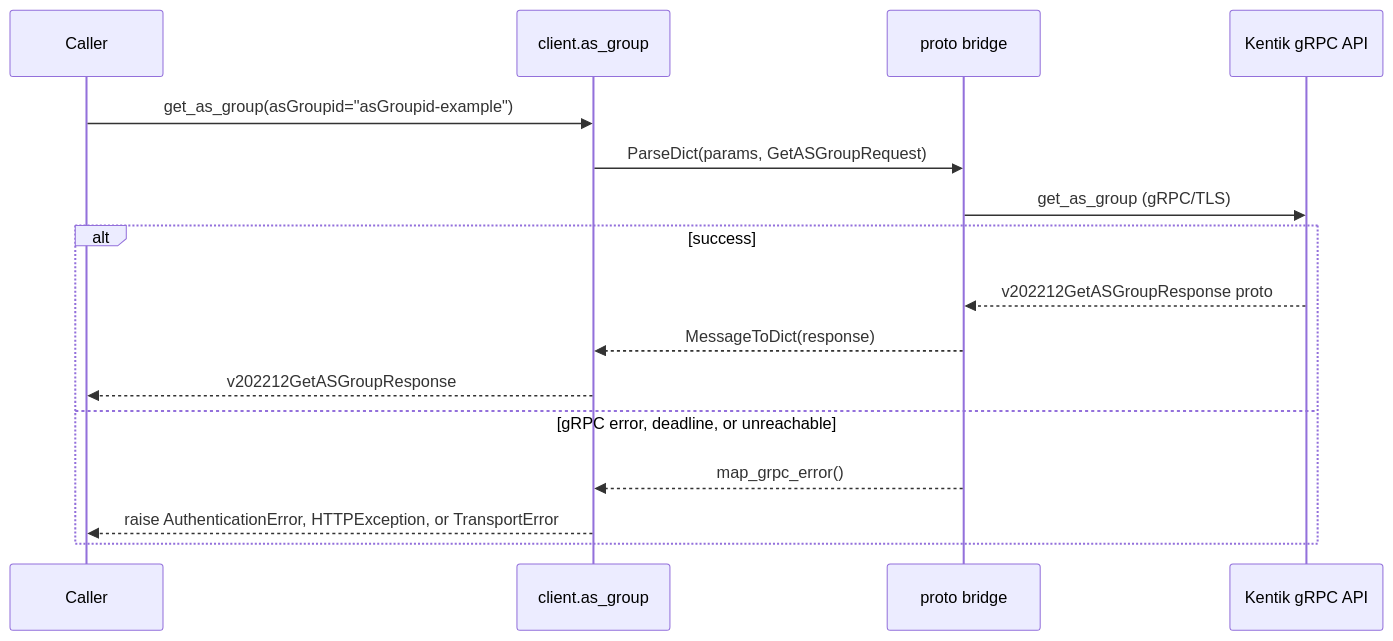
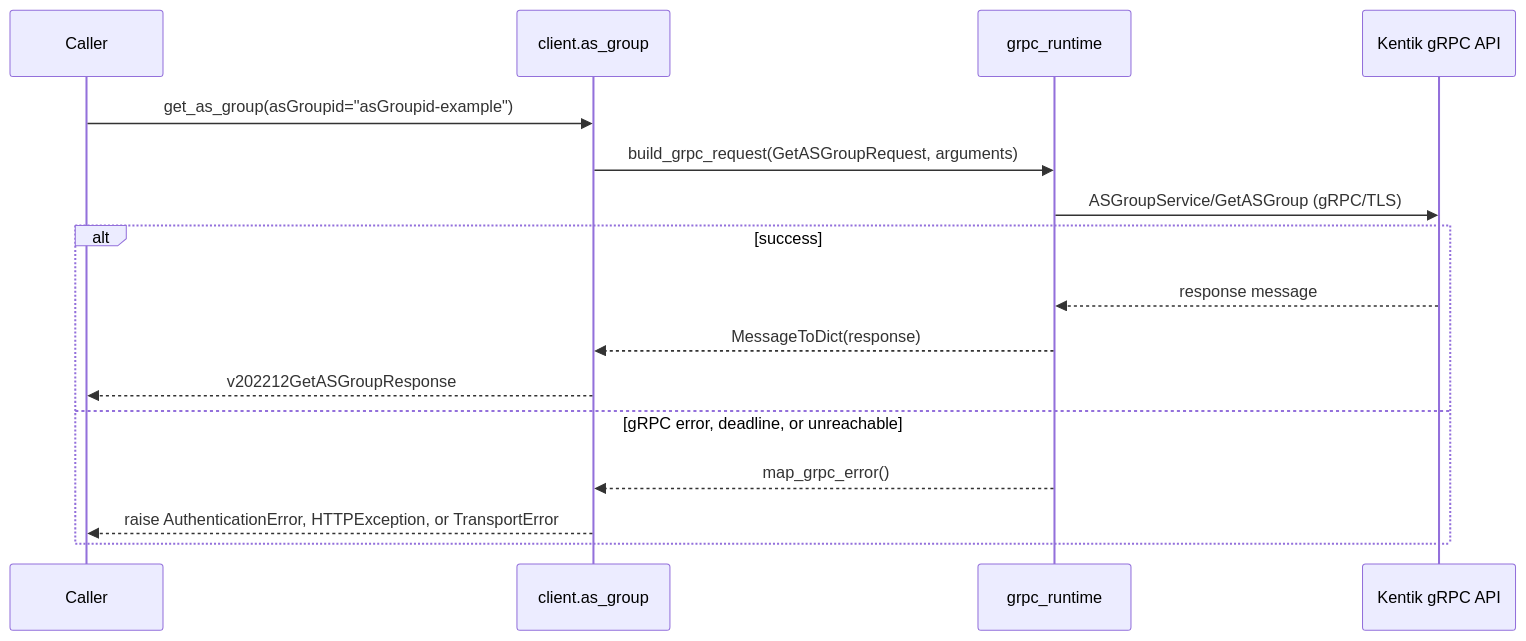
Before and after one commit to alexdearaujo/community_sdk_python: the seventh of 12 diagrams in docs/sphinx/services/as_group.md, drawn with Mermaid. The commit also changed other lines of this file and 37 other files, not shown here.

First line of the commit message:
docs: show the real RPC in each service page's gRPC diagram

````diff
--- a/docs/sphinx/services/as_group.md
+++ b/docs/sphinx/services/as_group.md
@@ -203,19 +203,19 @@
 ```mermaid
 sequenceDiagram
     participant C as Caller
     participant W as client.as_group
-    participant B as proto bridge
+    participant R as grpc_runtime
     participant API as Kentik gRPC API
 
     C->>W: get_as_group(asGroupid="asGroupid-example")
-    W->>B: ParseDict(params, GetASGroupRequest)
-    B->>API: get_as_group (gRPC/TLS)
+    W->>R: build_grpc_request(GetASGroupRequest, arguments)
+    R->>API: ASGroupService/GetASGroup (gRPC/TLS)
     alt success
-        API-->>B: v202212GetASGroupResponse proto
-        B-->>W: MessageToDict(response)
+        API-->>R: response message
+        R-->>W: MessageToDict(response)
         W-->>C: v202212GetASGroupResponse
     else gRPC error, deadline, or unreachable
-        B-->>W: map_grpc_error()
+        R-->>W: map_grpc_error()
         W-->>C: raise AuthenticationError, HTTPException, or TransportError
     end
 ```
````
